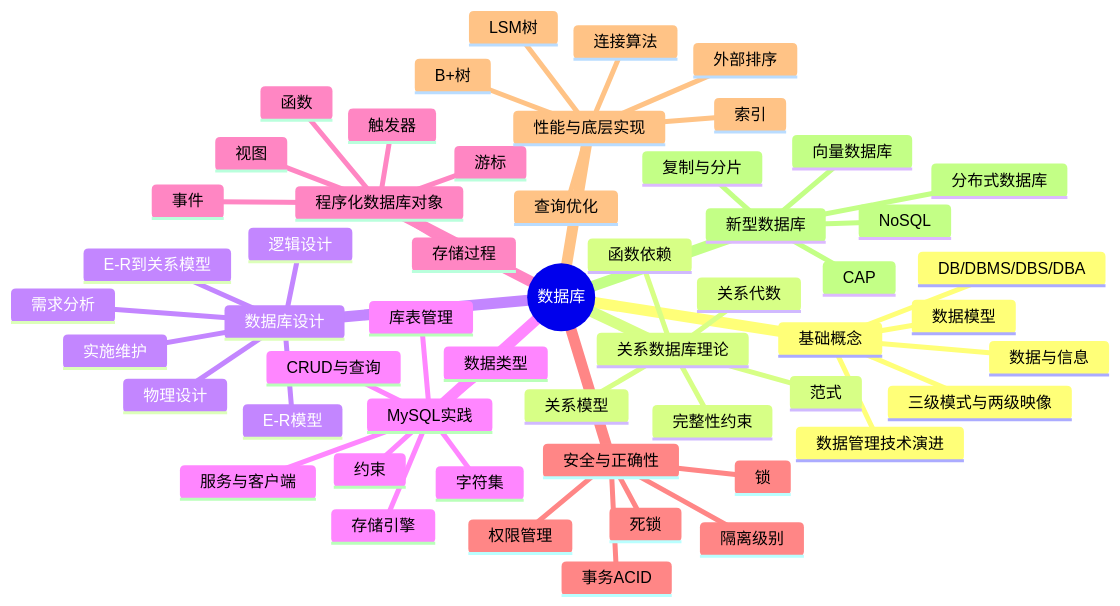
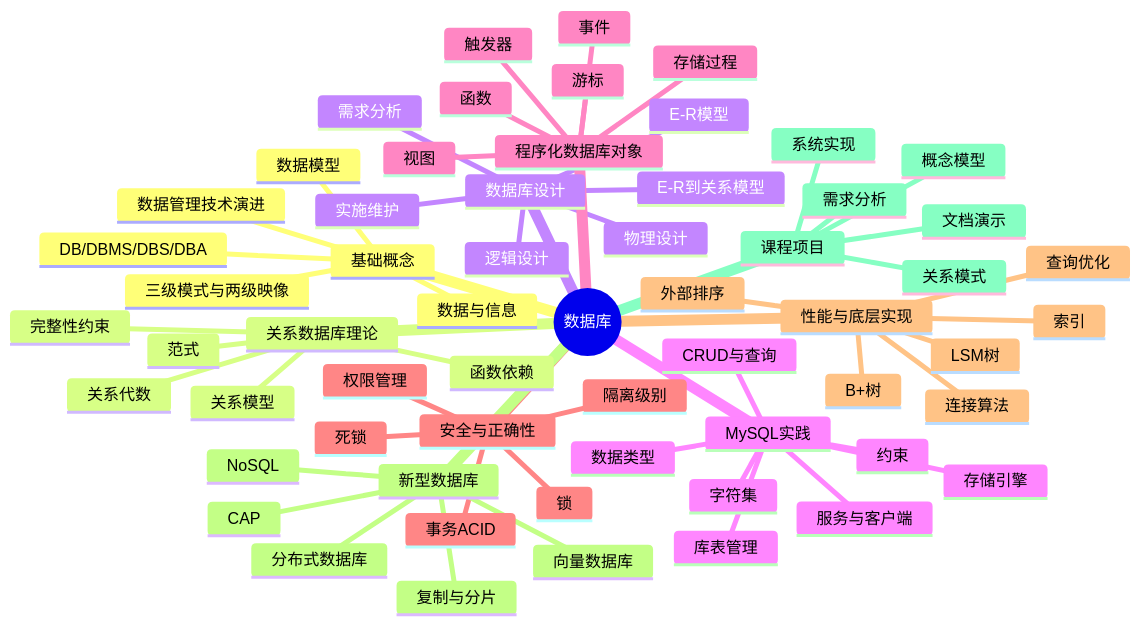
Before and after one commit to hadanice/OpenDS: the diagram in 数据库及实现/README.md, drawn with Mermaid. The commit also changed other lines of this file and 3 other files, not shown here.

````diff
--- a/数据库及实现/README.md
+++ b/数据库及实现/README.md
@@ -24,57 +32,63 @@
 ```mermaid
 mindmap
   root((数据库))
     基础概念
       数据与信息
       数据管理技术演进
       DB/DBMS/DBS/DBA
       三级模式与两级映像
       数据模型
     关系数据库理论
       关系模型
       关系代数
       函数依赖
       范式
       完整性约束
     数据库设计
       需求分析
       E-R模型
       E-R到关系模型
       逻辑设计
       物理设计
       实施维护
     MySQL实践
       服务与客户端
       存储引擎
       字符集
       库表管理
       数据类型
       约束
       CRUD与查询
     程序化数据库对象
       视图
       存储过程
       函数
       游标
       触发器
       事件
     安全与正确性
       权限管理
       事务ACID
       隔离级别
       锁
       死锁
     性能与底层实现
       索引
       B+树
       LSM树
       外部排序
       连接算法
       查询优化
     新型数据库
       分布式数据库
       复制与分片
       CAP
       NoSQL
       向量数据库
+    课程项目
+      需求分析
+      概念模型
+      关系模式
+      系统实现
+      文档演示
 ```
````
